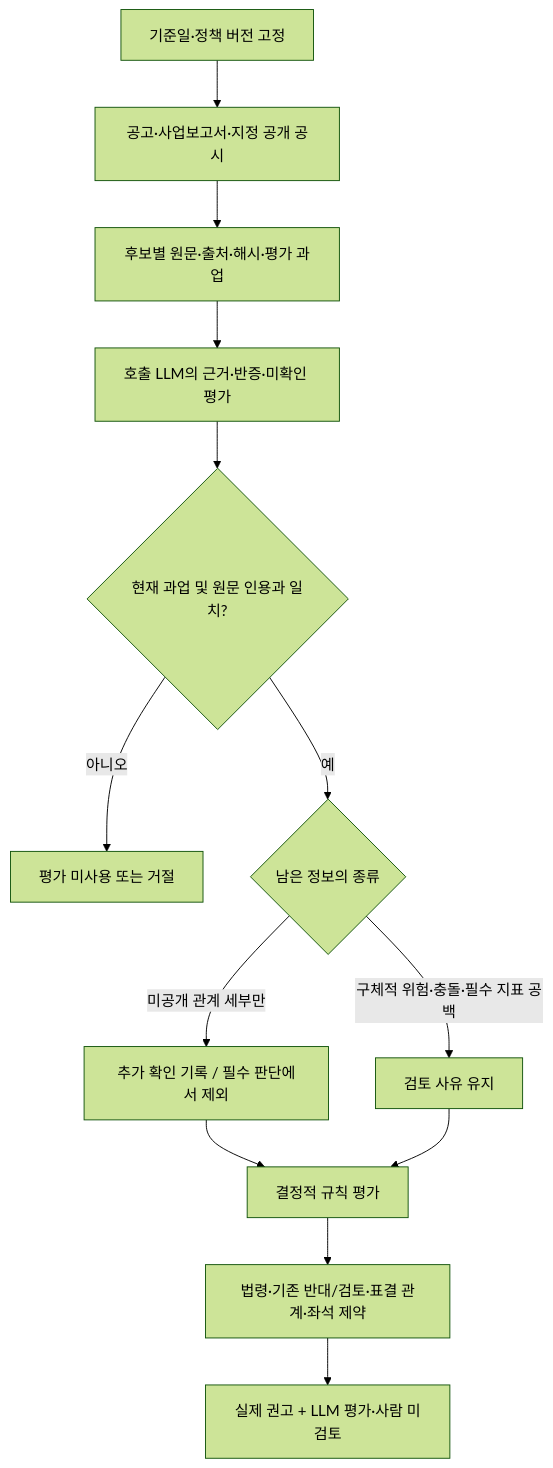
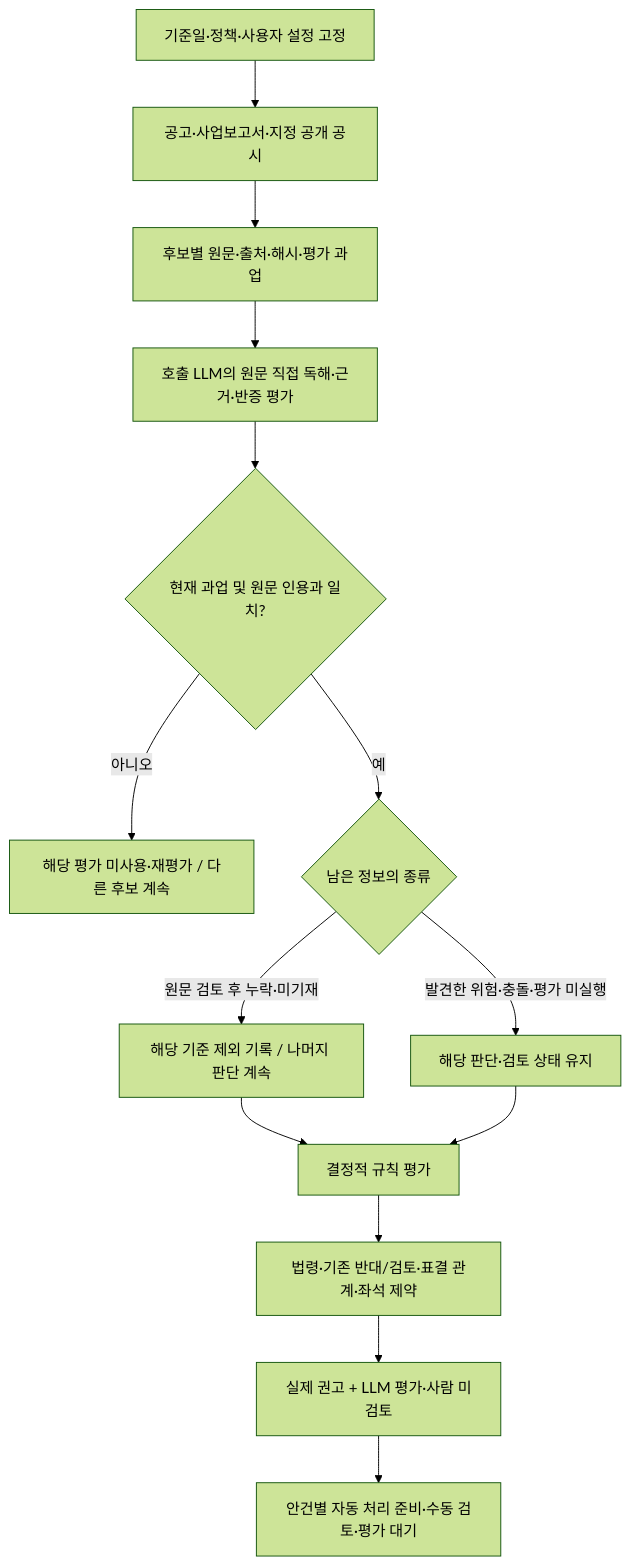
Before and after one commit to MarcoYou/open-proxy-mcp: the diagram in wiki/decisions/260908_1200_decision_guideline-v2-final-redesign-pilot.md, drawn with Mermaid (forest theme). The commit also changed other lines of this file and 37 other files, not shown here.

````diff
--- a/wiki/decisions/260908_1200_decision_guideline-v2-final-redesign-pilot.md
+++ b/wiki/decisions/260908_1200_decision_guideline-v2-final-redesign-pilot.md
@@ -455,15 +702,16 @@
 ```mermaid
 flowchart TD
-  A[기준일·정책 버전 고정] --> B[공고·사업보고서·지정 공개 공시]
+  A[기준일·정책·사용자 설정 고정] --> B[공고·사업보고서·지정 공개 공시]
   B --> C[후보별 원문·출처·해시·평가 과업]
-  C --> D[호출 LLM의 근거·반증·미확인 평가]
+  C --> D[호출 LLM의 원문 직접 독해·근거·반증 평가]
   D --> E{현재 과업 및 원문 인용과 일치?}
-  E -- 아니오 --> F[평가 미사용 또는 거절]
+  E -- 아니오 --> F[해당 평가 미사용·재평가 / 다른 후보 계속]
   E -- 예 --> G{남은 정보의 종류}
-  G -- 미공개 관계 세부만 --> H[추가 확인 기록 / 필수 판단에서 제외]
-  G -- 구체적 위험·충돌·필수 지표 공백 --> I[검토 사유 유지]
+  G -- 원문 검토 후 누락·미기재 --> H[해당 기준 제외 기록 / 나머지 판단 계속]
+  G -- 발견한 위험·충돌·평가 미실행 --> I[해당 판단·검토 상태 유지]
   H --> J[결정적 규칙 평가]
   I --> J
   J --> K[법령·기존 반대/검토·표결 관계·좌석 제약]
   K --> L[실제 권고 + LLM 평가·사람 미검토]
+  L --> M[안건별 자동 처리 준비·수동 검토·평가 대기]
 ```
````
